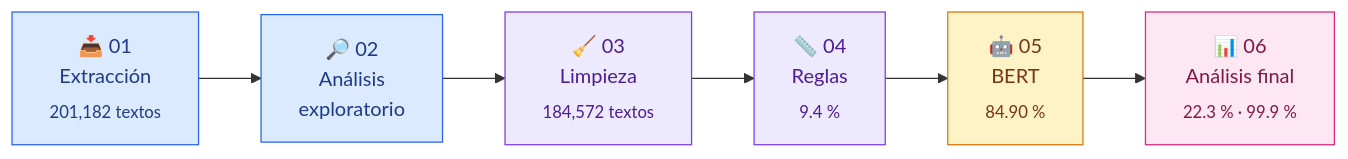
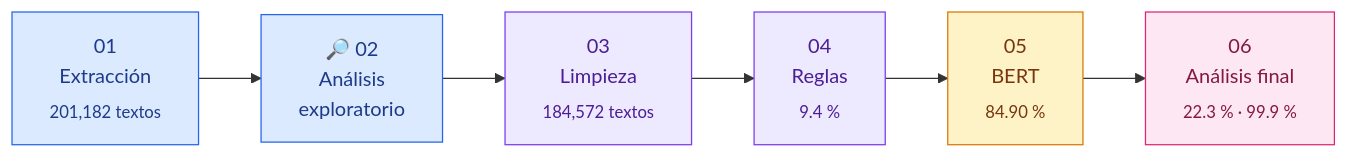
The diagram in README.md (mariimanguito/ViolenciaTechReddit), drawn with Mermaid before and after one commit. The commit also changed other lines of this file, not shown here.

````diff
--- a/README.md
+++ b/README.md
@@ -108,17 +108,17 @@
 ```mermaid
 flowchart LR
-    A["📥 01<br>Extracción<br><sub>201,182 textos</sub>"] --> B["🔎 02<br>Análisis<br>exploratorio"]
-    B --> C["🧹 03<br>Limpieza<br><sub>184,572 textos</sub>"]
-    C --> D["📏 04<br>Reglas<br><sub>9.4 %</sub>"]
-    D --> E["🤖 05<br>BERT<br><sub>84.90 %</sub>"]
-    E --> F["📊 06<br>Análisis final<br><sub>22.3 % · 99.9 %</sub>"]
+    A[" 01<br>Extracción<br><sub>201,182 textos</sub>"] --> B["🔎 02<br>Análisis<br>exploratorio"]
+    B --> C[" 03<br>Limpieza<br><sub>184,572 textos</sub>"]
+    C --> D[" 04<br>Reglas<br><sub>9.4 %</sub>"]
+    D --> E[" 05<br>BERT<br><sub>84.90 %</sub>"]
+    E --> F[" 06<br>Análisis final<br><sub>22.3 % · 99.9 %</sub>"]
 
     classDef datos fill:#DBEAFE,stroke:#2563EB,color:#1E3A8A
     classDef proc fill:#EDE9FE,stroke:#7C3AED,color:#4C1D95
     classDef modelo fill:#FEF3C7,stroke:#D97706,color:#78350F
     classDef final fill:#FCE7F3,stroke:#DB2777,color:#831843
     class A,B datos
     class C,D proc
     class E modelo
     class F final
 ```
````
